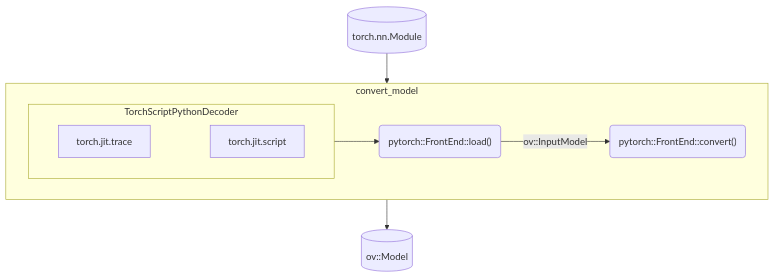
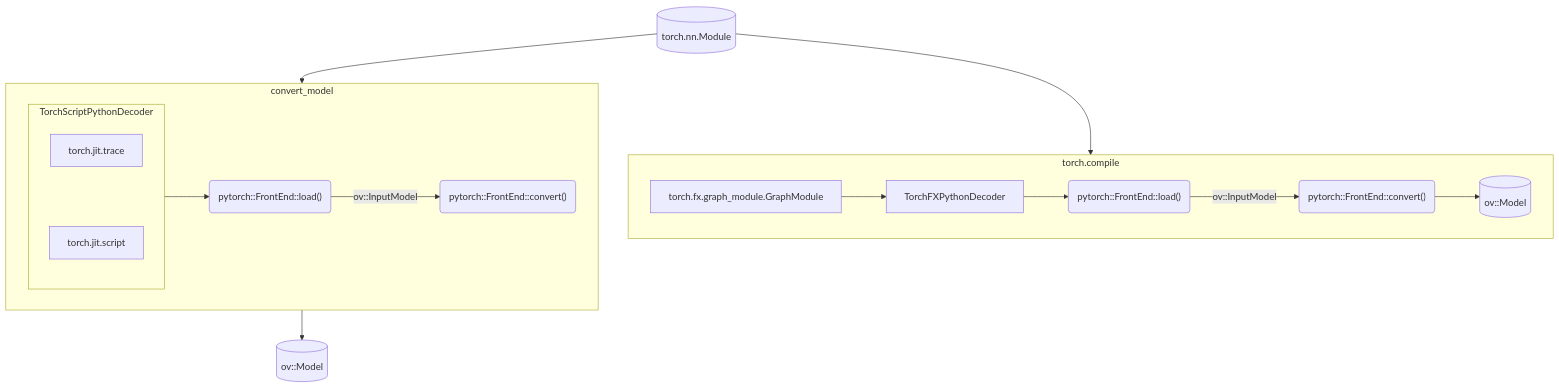
Before and after one commit to openvinotoolkit/openvino: the diagram in src/frontends/pytorch/README.md, drawn with Mermaid. The commit also changed other lines of this file, not shown here.

Commit message:
Mension fx decoder

````diff
--- a/src/frontends/pytorch/README.md
+++ b/src/frontends/pytorch/README.md
@@ -28,13 +30,19 @@
 ```mermaid
 flowchart TD
+    A[(torch.nn.Module)] --> torch.compile
+    subgraph torch.compile
+        torch.fx.graph_module.GraphModule --> TorchFXPythonDecoder
+        TorchFXPythonDecoder --> E("pytorch::FrontEnd::load()")
+        E -->|ov::InputModel| F("pytorch::FrontEnd::convert()")
+        F --> G[(ov::Model)]
+    end
+    A[(torch.nn.Module)] --> convert_model
     subgraph convert_model
         subgraph TorchScriptPythonDecoder
-            direction LR
             torch.jit.trace ~~~ torch.jit.script
-        end        
+        end
         TorchScriptPythonDecoder --> B("pytorch::FrontEnd::load()")
         B -->|ov::InputModel| C("pytorch::FrontEnd::convert()")
     end
-    A[(torch.nn.Module)] --> convert_model
     convert_model --> D[(ov::Model)]
 ```
````
